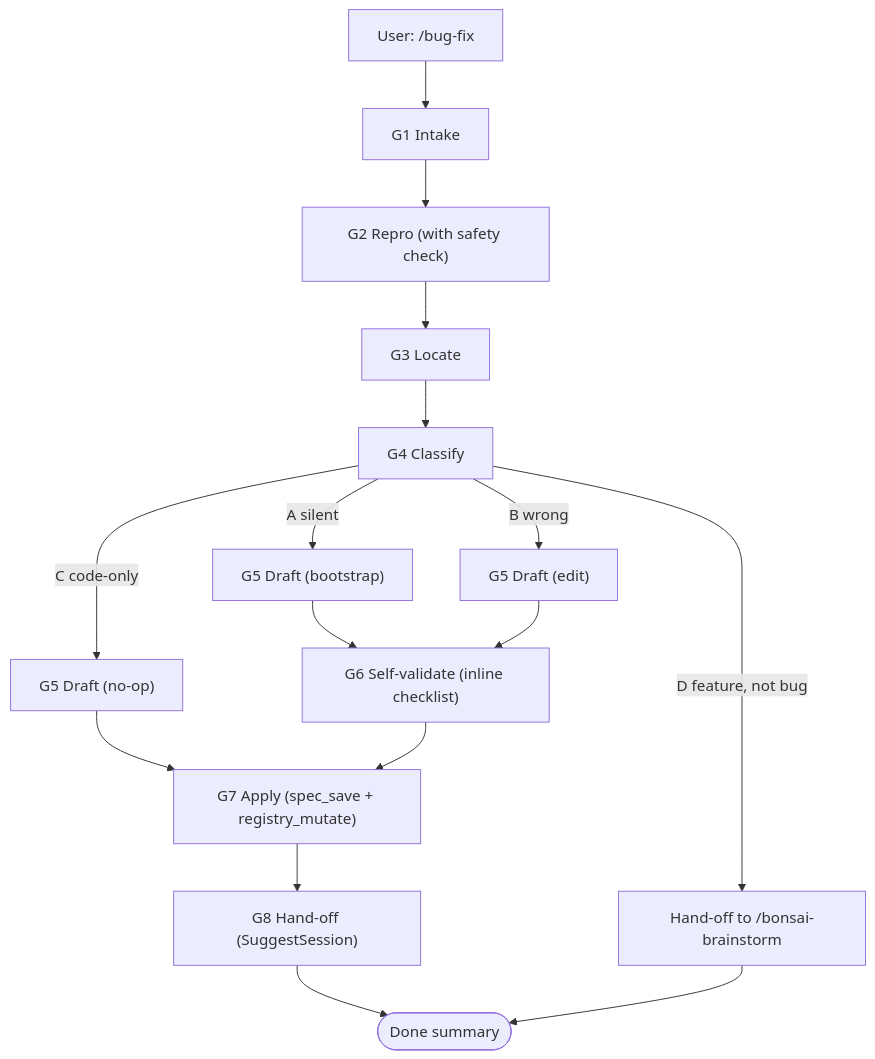
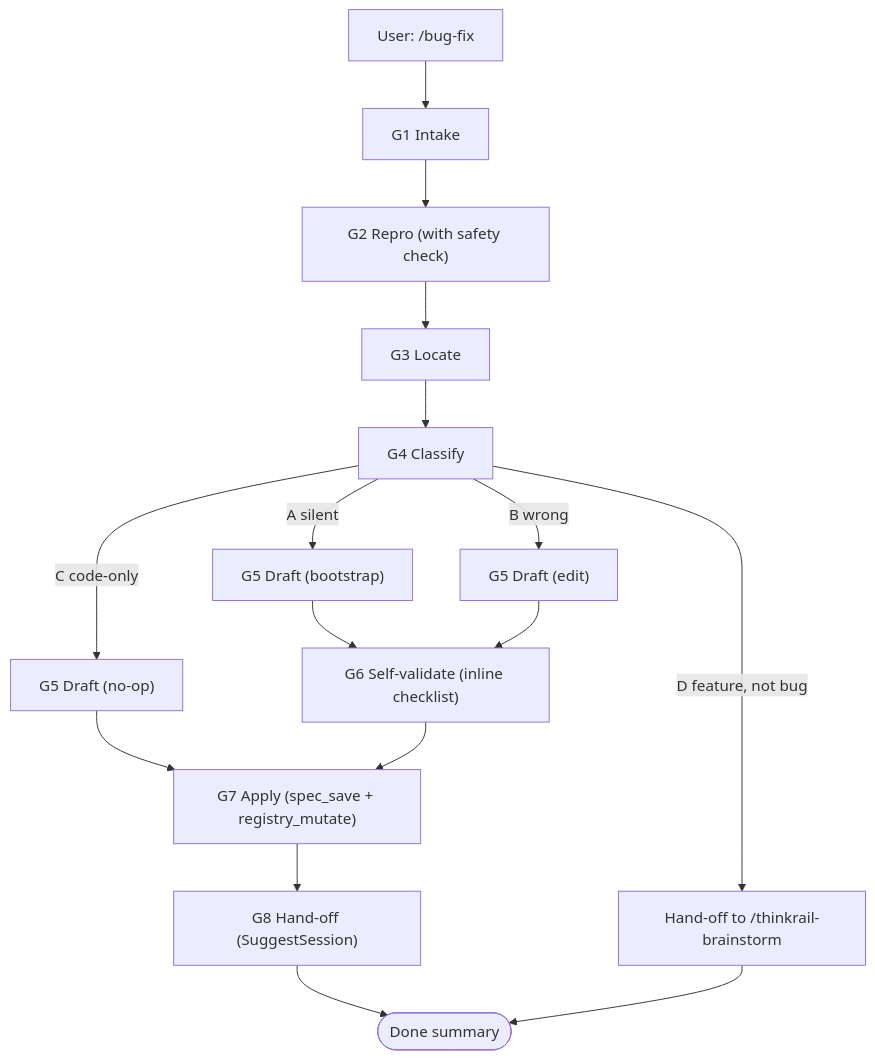
One commit to JetBrains/thinkrail changed the diagram in claude-plugin/skills/bug-fix/SKILL.md. Above: the diagram before and after it, drawn with Mermaid. The commit also changed other lines of this file and 372 other files, not shown here.

````diff
--- a/claude-plugin/skills/bug-fix/SKILL.md
+++ b/claude-plugin/skills/bug-fix/SKILL.md
@@ -19,18 +19,18 @@
 ```mermaid
 flowchart TD
   U["User: /bug-fix <symptom>"] --> G1["G1 Intake"]
   G1 --> G2["G2 Repro (with safety check)"]
   G2 --> G3["G3 Locate"]
   G3 --> G4["G4 Classify"]
   G4 -- A silent --> G5a["G5 Draft (bootstrap)"]
   G4 -- B wrong --> G5b["G5 Draft (edit)"]
   G4 -- C code-only --> G5c["G5 Draft (no-op)"]
-  G4 -- D feature, not bug --> Hbs["Hand-off to /bonsai-brainstorm"]
+  G4 -- D feature, not bug --> Hbs["Hand-off to /thinkrail-brainstorm"]
   G5a --> G6["G6 Self-validate (inline checklist)"]
   G5b --> G6
   G5c --> G7
   G6 --> G7["G7 Apply (spec_save + registry_mutate)"]
   G7 --> G8["G8 Hand-off (SuggestSession)"]
   G8 --> Done(["Done summary"])
   Hbs --> Done
 ```
````
